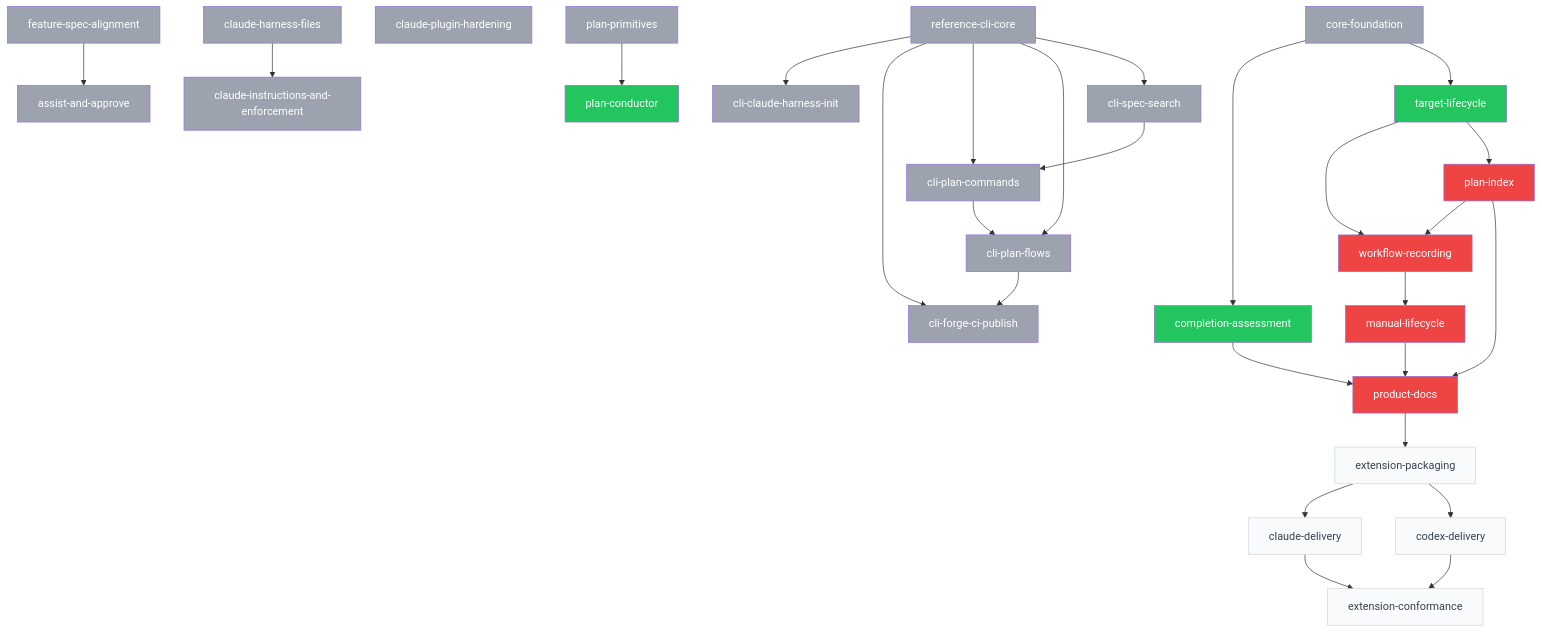
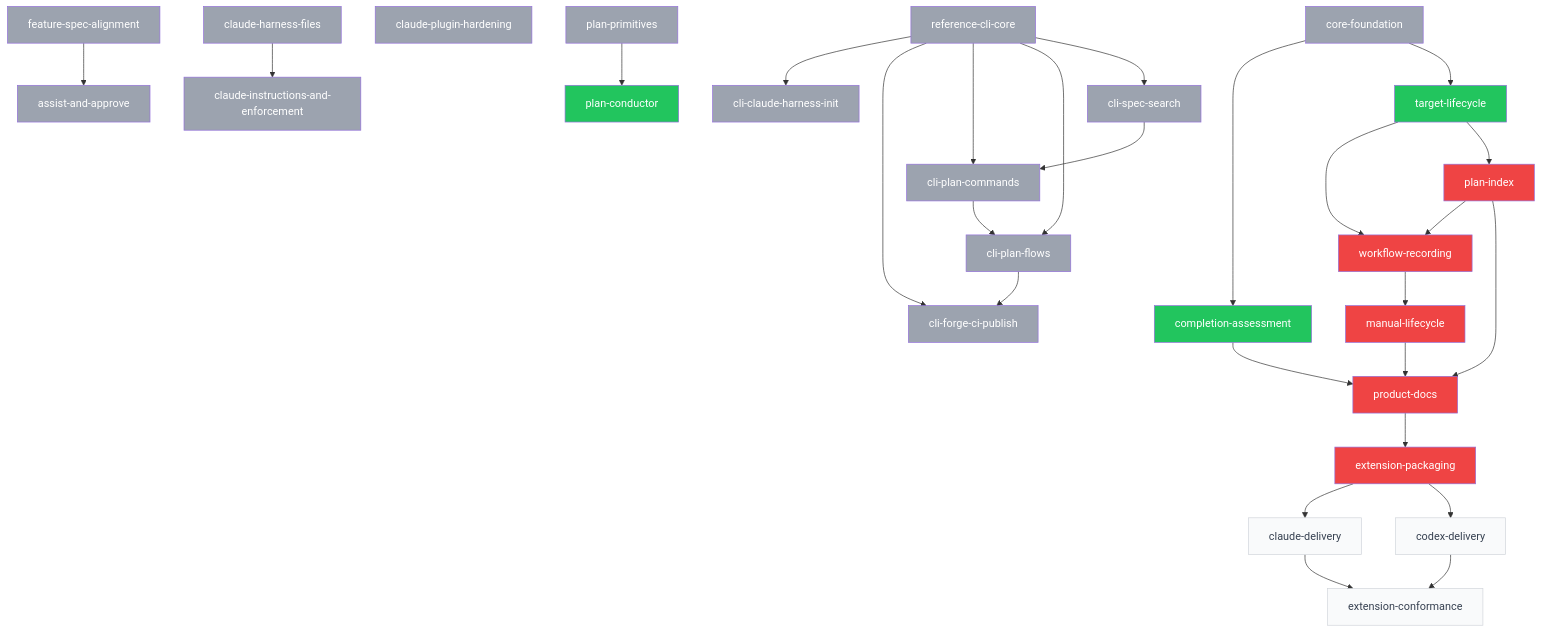
Before and after one commit to SpiralSky/specplane: the diagram in plans/PLANS.md, drawn with Mermaid. The commit also changed other lines of this file and 1 other file, not shown here.

Commit message:
docs(2026-11-01-extension-packaging): approve plan
Specplane-Workflow: approve
Specplane-Agent: claude-code/claude-opus-5-5
Specplane-Session: 34265f08-4042-4656-a421-be12c7913e61

````diff
--- a/plans/PLANS.md
+++ b/plans/PLANS.md
@@ -41,60 +41,60 @@
 ```mermaid
 graph TD
     p_2026_10_28_reference_cli_core[reference-cli-core]:::done
     p_2026_10_29_assist_and_approve[assist-and-approve]:::done
     p_2026_10_29_claude_harness_files[claude-harness-files]:::done
     p_2026_10_29_claude_instructions_and_enforcement[claude-instructions-and-enforcement]:::done
     p_2026_10_29_claude_plugin_hardening[claude-plugin-hardening]:::done
     p_2026_10_29_cli_claude_harness_init[cli-claude-harness-init]:::done
     p_2026_10_29_cli_forge_ci_publish[cli-forge-ci-publish]:::done
     p_2026_10_29_cli_plan_commands[cli-plan-commands]:::done
     p_2026_10_29_cli_plan_flows[cli-plan-flows]:::done
     p_2026_10_29_cli_spec_search[cli-spec-search]:::done
     p_2026_10_29_feature_spec_alignment[feature-spec-alignment]:::done
     p_2026_10_30_plan_conductor[plan-conductor]:::ready
     p_2026_10_30_plan_primitives[plan-primitives]:::done
     p_2026_11_01_claude_delivery[claude-delivery]:::draft
     p_2026_11_01_codex_delivery[codex-delivery]:::draft
     p_2026_11_01_core_foundation[core-foundation]:::done
     p_2026_11_01_extension_conformance[extension-conformance]:::draft
-    p_2026_11_01_extension_packaging[extension-packaging]:::draft
+    p_2026_11_01_extension_packaging[extension-packaging]:::blocked
     p_2026_11_01_manual_lifecycle[manual-lifecycle]:::blocked
     p_2026_11_01_workflow_recording[workflow-recording]:::blocked
     p_2026_11_02_completion_assessment[completion-assessment]:::ready
     p_2026_11_02_plan_index[plan-index]:::blocked
     p_2026_11_02_product_docs[product-docs]:::blocked
     p_2026_11_02_target_lifecycle[target-lifecycle]:::ready
     p_2026_10_29_feature_spec_alignment --> p_2026_10_29_assist_and_approve
     p_2026_10_29_claude_harness_files --> p_2026_10_29_claude_instructions_and_enforcement
     p_2026_10_28_reference_cli_core --> p_2026_10_29_cli_claude_harness_init
     p_2026_10_28_reference_cli_core --> p_2026_10_29_cli_forge_ci_publish
     p_2026_10_29_cli_plan_flows --> p_2026_10_29_cli_forge_ci_publish
     p_2026_10_28_reference_cli_core --> p_2026_10_29_cli_plan_commands
     p_2026_10_29_cli_spec_search --> p_2026_10_29_cli_plan_commands
     p_2026_10_28_reference_cli_core --> p_2026_10_29_cli_plan_flows
     p_2026_10_29_cli_plan_commands --> p_2026_10_29_cli_plan_flows
     p_2026_10_28_reference_cli_core --> p_2026_10_29_cli_spec_search
     p_2026_10_30_plan_primitives --> p_2026_10_30_plan_conductor
     p_2026_11_01_extension_packaging --> p_2026_11_01_claude_delivery
     p_2026_11_01_extension_packaging --> p_2026_11_01_codex_delivery
     p_2026_11_01_claude_delivery --> p_2026_11_01_extension_conformance
     p_2026_11_01_codex_delivery --> p_2026_11_01_extension_conformance
     p_2026_11_02_product_docs --> p_2026_11_01_extension_packaging
     p_2026_11_01_workflow_recording --> p_2026_11_01_manual_lifecycle
     p_2026_11_02_plan_index --> p_2026_11_01_workflow_recording
     p_2026_11_02_target_lifecycle --> p_2026_11_01_workflow_recording
     p_2026_11_01_core_foundation --> p_2026_11_02_completion_assessment
     p_2026_11_02_target_lifecycle --> p_2026_11_02_plan_index
     p_2026_11_01_manual_lifecycle --> p_2026_11_02_product_docs
     p_2026_11_02_completion_assessment --> p_2026_11_02_product_docs
     p_2026_11_02_plan_index --> p_2026_11_02_product_docs
     p_2026_11_01_core_foundation --> p_2026_11_02_target_lifecycle
     classDef draft fill:#f9fafb,color:#374151,stroke:#d1d5db
     classDef ready fill:#22c55e,color:#fff
     classDef blocked fill:#ef4444,color:#fff
     classDef in_progress fill:#3b82f6,color:#fff
     classDef review fill:#60a5fa,color:#fff
     classDef done fill:#9ca3af,color:#fff
     classDef abandoned fill:#9ca3af,color:#fff,text-decoration:line-through
     classDef shelved fill:#fef3c7,color:#92400e,stroke:#d97706
 ```
````
